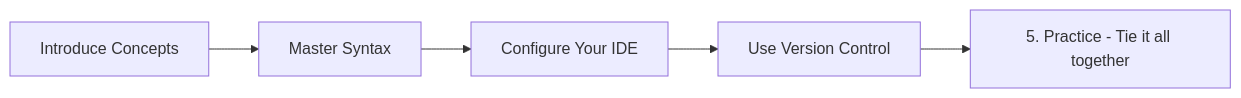
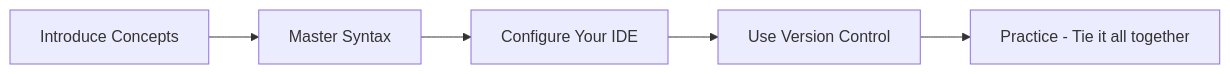
One commit to ppremru/LaunchAdoption-AAP changed the diagram in foundation/foundation.md. Above: the diagram before and after it, drawn with Mermaid. The commit also changed other lines of this file and 1 other file, not shown here.

````diff
--- a/foundation/foundation.md
+++ b/foundation/foundation.md
@@ -11,7 +9,7 @@
 ```mermaid
 graph LR
     A[Introduce Concepts] --> B[Master Syntax];
     B --> C[Configure Your IDE];
     C --> D[Use Version Control];
-    D --> E[5. Practice - Tie it all together];
+    D --> E[Practice - Tie it all together];
 ```
````
